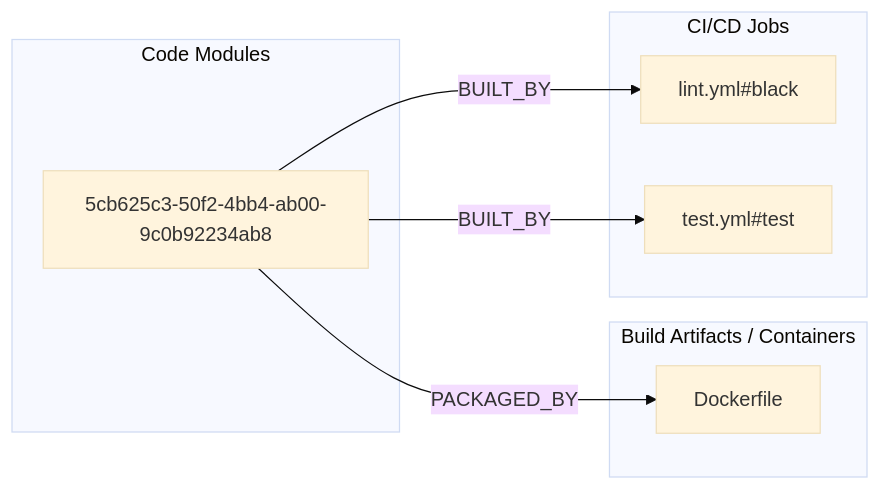
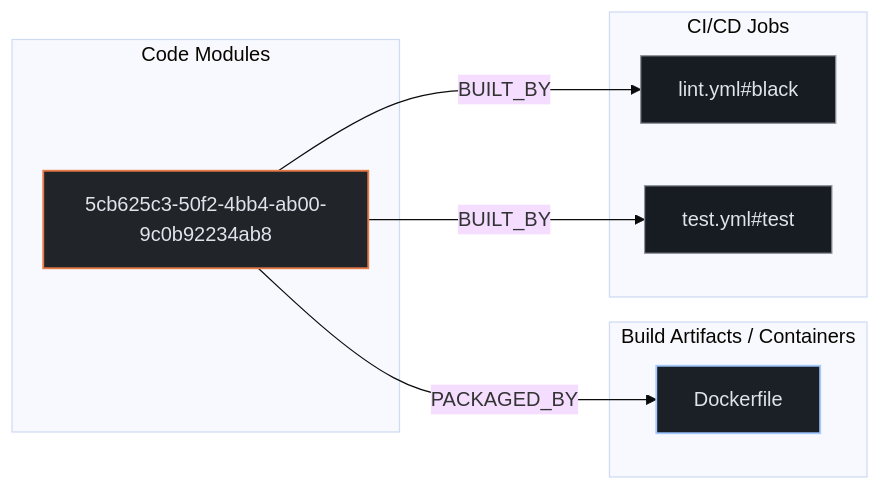
Before and after one commit to kumarshaz/atruss-code-atlas: the first of 2 diagrams in exports/latest/reports/zulip-zulip-archive-report.md, drawn with Mermaid (base theme). The commit also changed other lines of this file and 331 other files, not shown here.

Commit message:
docs,ui,fix: update SDLC docs, reorder CI/CD DAG first, stylize Mermaid, and fix Arc42 pipeline topology

````diff
--- a/exports/latest/reports/zulip-zulip-archive-report.md
+++ b/exports/latest/reports/zulip-zulip-archive-report.md
@@ -62,16 +62,20 @@
 ```mermaid
 flowchart LR
+    classDef atlasCategory fill:#212428,stroke:#E87A48,stroke-width:1.5px,color:#dfe3eb
+    classDef atlasWorkflow fill:#1b2026,stroke:#a3c9ff,stroke-width:1.5px,color:#dfe3eb
+    classDef atlasJob fill:#171c22,stroke:#8d9199,stroke-width:1px,color:#dfe3eb
+    classDef atlasTarget fill:#005227,stroke:#8bd99b,stroke-width:1.5px,color:#a7f6b6
     subgraph code_modules["Code Modules"]
-        mod_5cb625c3_50f2_4bb4_ab00_9c0b92234ab8["5cb625c3-50f2-4bb4-ab00-9c0b92234ab8"]
+        mod_5cb625c3_50f2_4bb4_ab00_9c0b92234ab8["5cb625c3-50f2-4bb4-ab00-9c0b92234ab8"]:::atlasCategory
     end
     subgraph build_artifacts["Build Artifacts / Containers"]
-        art_Dockerfile["Dockerfile"]
+        art_Dockerfile["Dockerfile"]:::atlasWorkflow
     end
     subgraph ci_jobs["CI/CD Jobs"]
-        job_lint_yml_black["lint.yml#black"]
-        job_test_yml_test["test.yml#test"]
+        job_lint_yml_black["lint.yml#black"]:::atlasJob
+        job_test_yml_test["test.yml#test"]:::atlasJob
     end
     mod_5cb625c3_50f2_4bb4_ab00_9c0b92234ab8 -->|BUILT_BY| job_lint_yml_black
     mod_5cb625c3_50f2_4bb4_ab00_9c0b92234ab8 -->|BUILT_BY| job_test_yml_test
     mod_5cb625c3_50f2_4bb4_ab00_9c0b92234ab8 -->|PACKAGED_BY| art_Dockerfile
 ```
````
